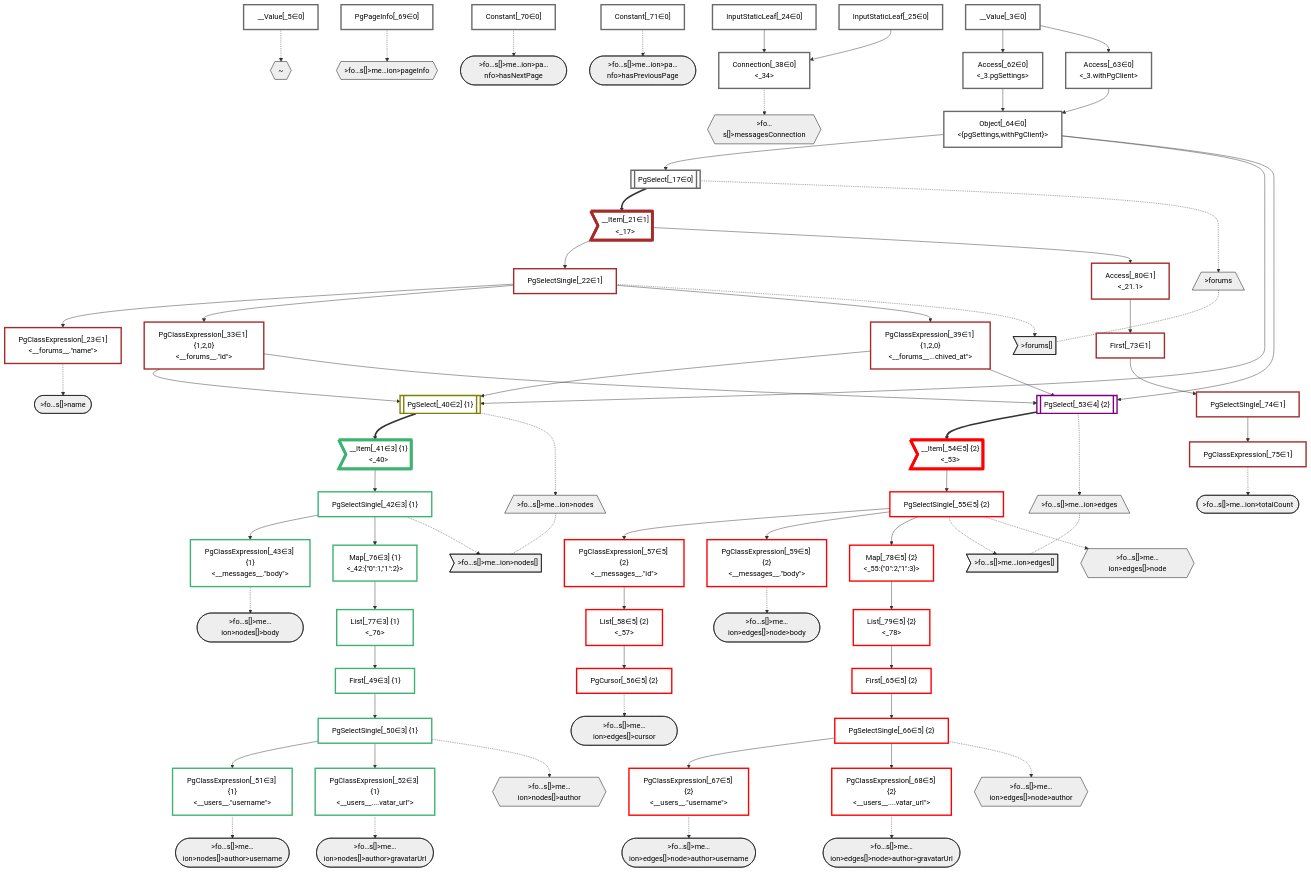
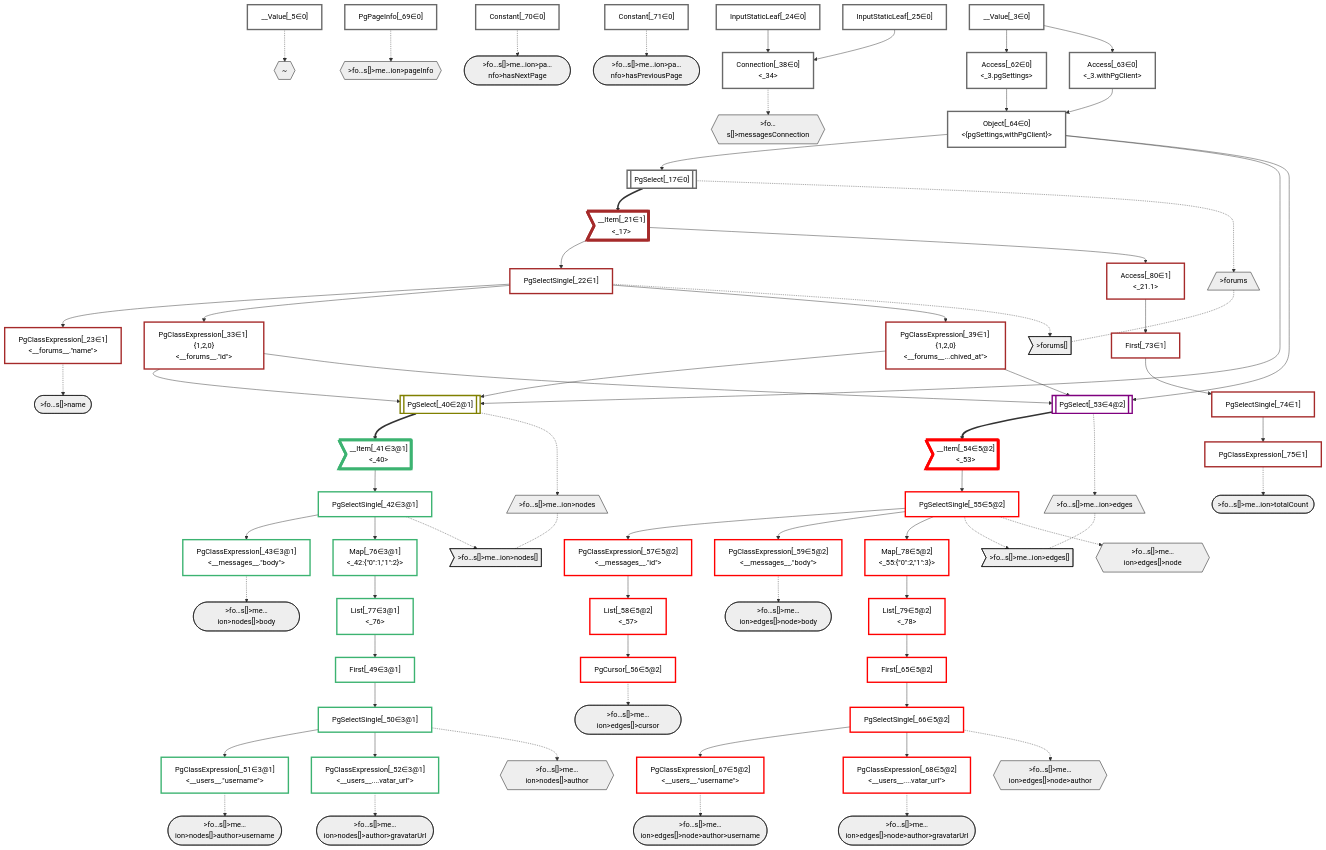
The diagram in packages/dataplan-pg/__tests__/queries/conditions/archived-forum-inherited-messages.stream-2.mermaid.md (graphile/crystal), drawn with Mermaid before and after one commit. The commit also changed 41 other files, not shown here.

Commit message:
New mermaid output with primary group IDs

```diff
--- a/packages/dataplan-pg/__tests__/queries/conditions/archived-forum-inherited-messages.stream-2.mermaid.md
+++ b/packages/dataplan-pg/__tests__/queries/conditions/archived-forum-inherited-messages.stream-2.mermaid.md
@@ -65,38 +65,38 @@
     PgClassExpression_33["PgClassExpression[_33∈1] {1,2,0}<br /><__forums__.#quot;id#quot;>"]:::plan
     Connection_38["Connection[_38∈0]<br /><_34>"]:::plan
     PgClassExpression_39["PgClassExpression[_39∈1] {1,2,0}<br /><__forums__...chived_at#quot;>"]:::plan
-    PgSelect_40[["PgSelect[_40∈2] {1}<br /><messages>"]]:::plan
-    __Item_41>"__Item[_41∈3] {1}<br /><_40>"]:::itemplan
-    PgSelectSingle_42["PgSelectSingle[_42∈3] {1}<br /><messages>"]:::plan
-    PgClassExpression_43["PgClassExpression[_43∈3] {1}<br /><__messages__.#quot;body#quot;>"]:::plan
-    First_49["First[_49∈3] {1}"]:::plan
-    PgSelectSingle_50["PgSelectSingle[_50∈3] {1}<br /><users>"]:::plan
-    PgClassExpression_51["PgClassExpression[_51∈3] {1}<br /><__users__.#quot;username#quot;>"]:::plan
-    PgClassExpression_52["PgClassExpression[_52∈3] {1}<br /><__users__....vatar_url#quot;>"]:::plan
-    PgSelect_53[["PgSelect[_53∈4] {2}<br /><messages>"]]:::plan
-    __Item_54>"__Item[_54∈5] {2}<br /><_53>"]:::itemplan
-    PgSelectSingle_55["PgSelectSingle[_55∈5] {2}<br /><messages>"]:::plan
-    PgCursor_56["PgCursor[_56∈5] {2}"]:::plan
-    PgClassExpression_57["PgClassExpression[_57∈5] {2}<br /><__messages__.#quot;id#quot;>"]:::plan
-    List_58["List[_58∈5] {2}<br /><_57>"]:::plan
-    PgClassExpression_59["PgClassExpression[_59∈5] {2}<br /><__messages__.#quot;body#quot;>"]:::plan
+    PgSelect_40[["PgSelect[_40∈2@1]<br /><messages>"]]:::plan
+    __Item_41>"__Item[_41∈3@1]<br /><_40>"]:::itemplan
+    PgSelectSingle_42["PgSelectSingle[_42∈3@1]<br /><messages>"]:::plan
+    PgClassExpression_43["PgClassExpression[_43∈3@1]<br /><__messages__.#quot;body#quot;>"]:::plan
+    First_49["First[_49∈3@1]"]:::plan
+    PgSelectSingle_50["PgSelectSingle[_50∈3@1]<br /><users>"]:::plan
+    PgClassExpression_51["PgClassExpression[_51∈3@1]<br /><__users__.#quot;username#quot;>"]:::plan
+    PgClassExpression_52["PgClassExpression[_52∈3@1]<br /><__users__....vatar_url#quot;>"]:::plan
+    PgSelect_53[["PgSelect[_53∈4@2]<br /><messages>"]]:::plan
+    __Item_54>"__Item[_54∈5@2]<br /><_53>"]:::itemplan
+    PgSelectSingle_55["PgSelectSingle[_55∈5@2]<br /><messages>"]:::plan
+    PgCursor_56["PgCursor[_56∈5@2]"]:::plan
+    PgClassExpression_57["PgClassExpression[_57∈5@2]<br /><__messages__.#quot;id#quot;>"]:::plan
+    List_58["List[_58∈5@2]<br /><_57>"]:::plan
+    PgClassExpression_59["PgClassExpression[_59∈5@2]<br /><__messages__.#quot;body#quot;>"]:::plan
     Access_62["Access[_62∈0]<br /><_3.pgSettings>"]:::plan
     Access_63["Access[_63∈0]<br /><_3.withPgClient>"]:::plan
     Object_64["Object[_64∈0]<br /><{pgSettings,withPgClient}>"]:::plan
-    First_65["First[_65∈5] {2}"]:::plan
-    PgSelectSingle_66["PgSelectSingle[_66∈5] {2}<br /><users>"]:::plan
-    PgClassExpression_67["PgClassExpression[_67∈5] {2}<br /><__users__.#quot;username#quot;>"]:::plan
-    PgClassExpression_68["PgClassExpression[_68∈5] {2}<br /><__users__....vatar_url#quot;>"]:::plan
+    First_65["First[_65∈5@2]"]:::plan
+    PgSelectSingle_66["PgSelectSingle[_66∈5@2]<br /><users>"]:::plan
+    PgClassExpression_67["PgClassExpression[_67∈5@2]<br /><__users__.#quot;username#quot;>"]:::plan
+    PgClassExpression_68["PgClassExpression[_68∈5@2]<br /><__users__....vatar_url#quot;>"]:::plan
     PgPageInfo_69["PgPageInfo[_69∈0]"]:::plan
     Constant_70["Constant[_70∈0]"]:::plan
     Constant_71["Constant[_71∈0]"]:::plan
     First_73["First[_73∈1]"]:::plan
     PgSelectSingle_74["PgSelectSingle[_74∈1]<br /><messages>"]:::plan
     PgClassExpression_75["PgClassExpression[_75∈1]<br /><count(*)>"]:::plan
-    Map_76["Map[_76∈3] {1}<br /><_42:{#quot;0#quot;:1,#quot;1#quot;:2}>"]:::plan
-    List_77["List[_77∈3] {1}<br /><_76>"]:::plan
-    Map_78["Map[_78∈5] {2}<br /><_55:{#quot;0#quot;:2,#quot;1#quot;:3}>"]:::plan
-    List_79["List[_79∈5] {2}<br /><_78>"]:::plan
+    Map_76["Map[_76∈3@1]<br /><_42:{#quot;0#quot;:1,#quot;1#quot;:2}>"]:::plan
+    List_77["List[_77∈3@1]<br /><_76>"]:::plan
+    Map_78["Map[_78∈5@2]<br /><_55:{#quot;0#quot;:2,#quot;1#quot;:3}>"]:::plan
+    List_79["List[_79∈5@2]<br /><_78>"]:::plan
     Access_80["Access[_80∈1]<br /><_21.1>"]:::plan
 
     %% plan dependencies
```
